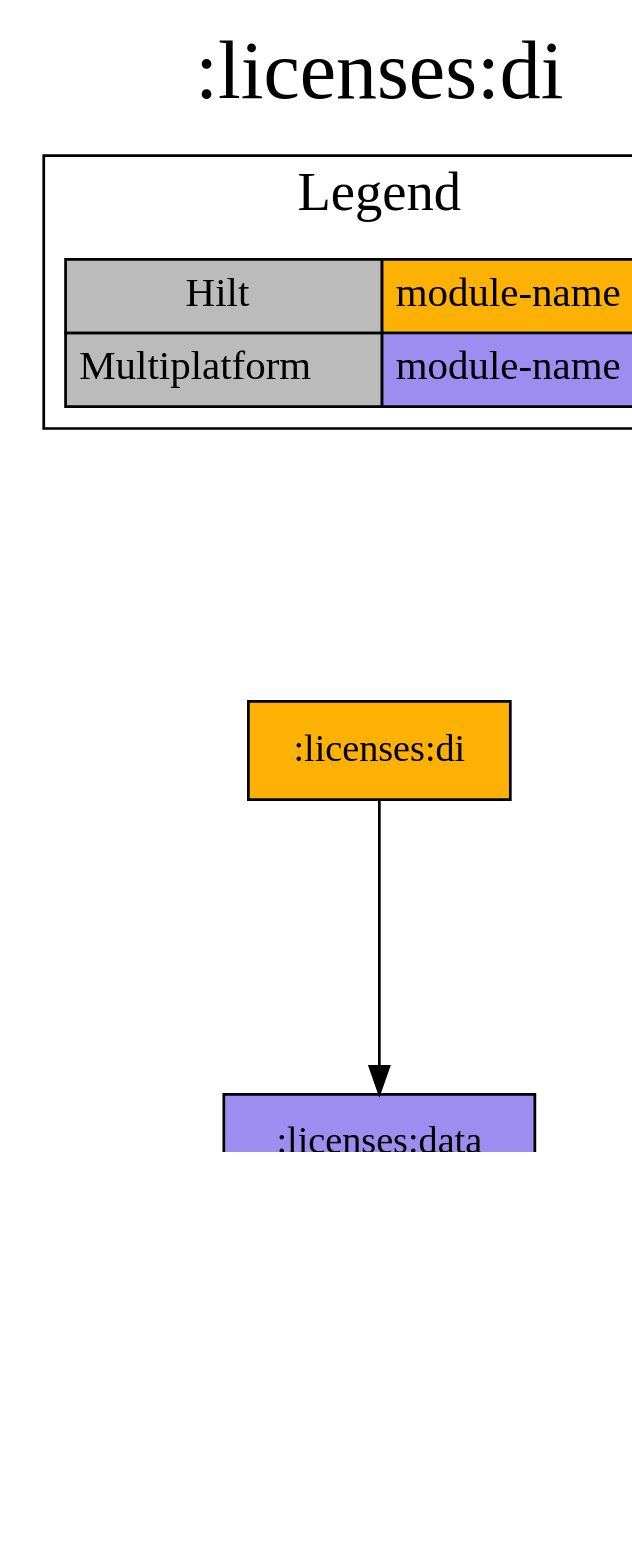
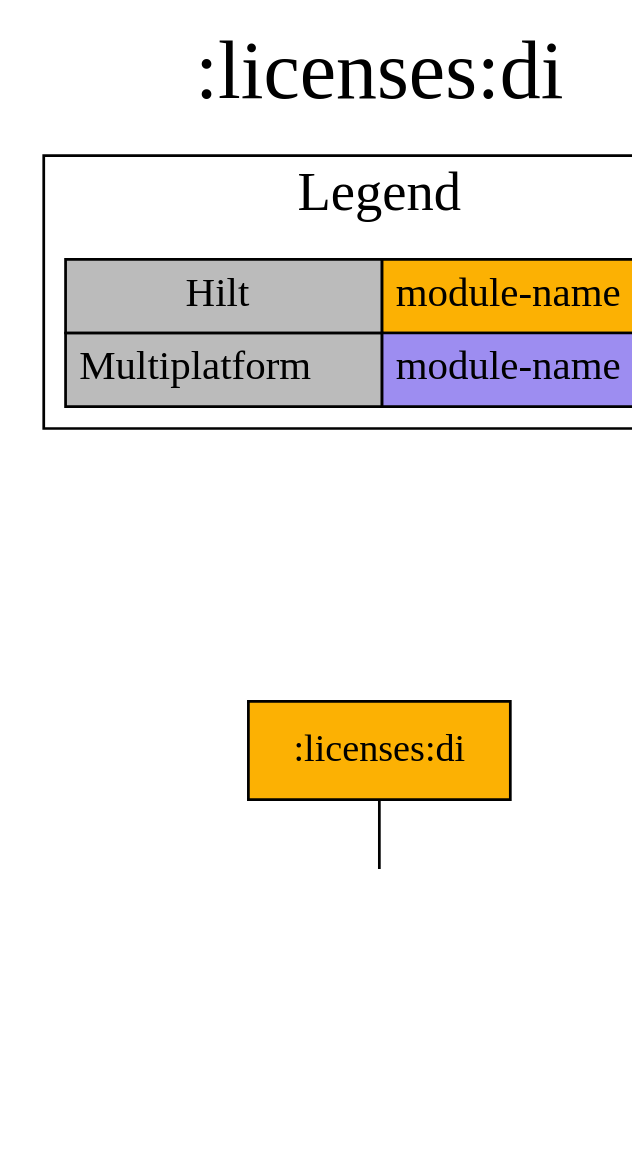
One commit to jonapoul/aktual changed the diagram in modules/licenses/di/project-dependency-graph.dot. Above: the diagram before and after it, drawn with Graphviz. The commit also changed 116 other files, not shown here.

```diff
--- a/modules/licenses/di/project-dependency-graph.dot
+++ b/modules/licenses/di/project-dependency-graph.dot
@@ -1,25 +1,23 @@
 digraph {
 edge ["dir"="forward"]
 graph ["dpi"="100","label"=":licenses:di","labelloc"="t","fontsize"="30","ranksep"="1.5","rankdir"="TB"]
 node ["style"="filled"]
-":core:coroutines" ["fillcolor"="#9D8DF1","shape"="box"]
 ":licenses:data" ["fillcolor"="#9D8DF1","shape"="box"]
 ":licenses:di" ["shape"="box","fillcolor"="#FCB103"]
 {
 edge ["dir"="none"]
 graph ["rank"="same"]
 ":licenses:di"
 }
-":licenses:data" -> ":core:coroutines" ["style"="dotted"]
 ":licenses:di" -> ":licenses:data"
 subgraph "cluster_legend" {
 edge ["dir"="none"]
 graph ["label"="Legend","fontsize"="20"]
 "Legend" ["style"="filled","fillcolor"="#bbbbbb","shape"="none","margin"="0","fontsize"="15","label"=<
 <TABLE BORDER="0" CELLBORDER="1" CELLSPACING="0" CELLPADDING="4">
 <TR><TD>Hilt</TD><TD BGCOLOR="#FCB103">module-name</TD></TR>
 <TR><TD>Multiplatform</TD><TD BGCOLOR="#9D8DF1">module-name</TD></TR>
 </TABLE>
 >]
 } -> ":licenses:di" ["style"="invis"]
 }
```
